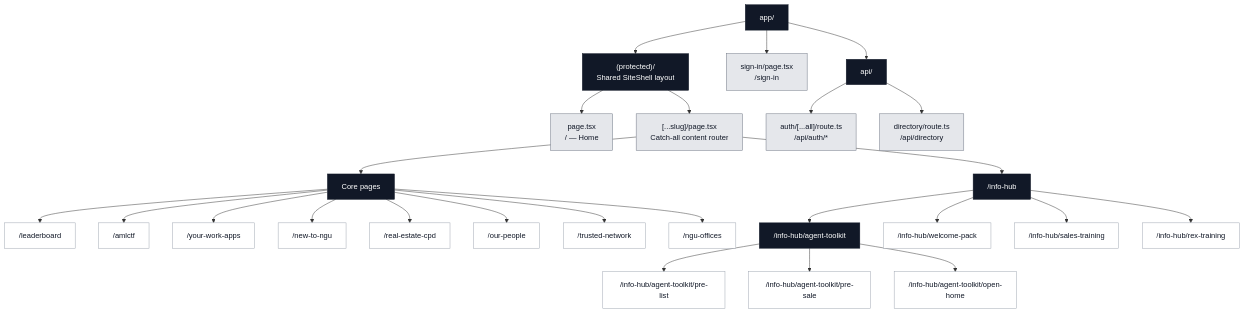
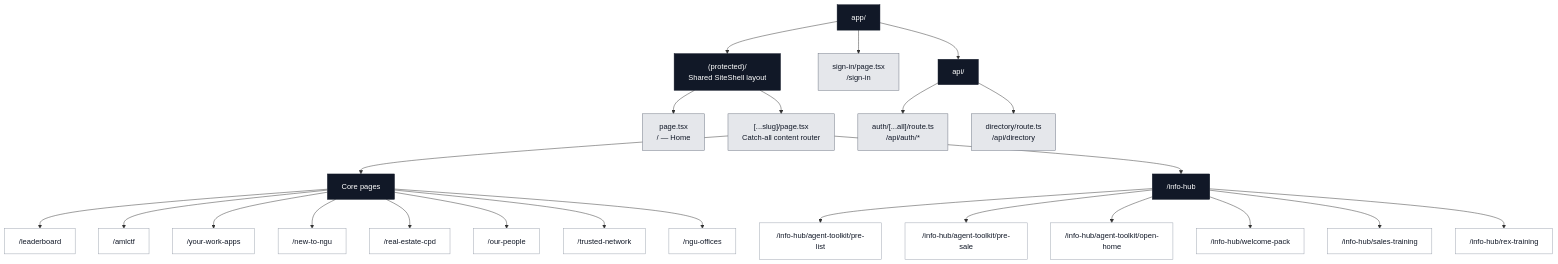
One commit to jewel-ngu/ngu-hub changed the first of 2 diagrams in architecture.md. Above: the diagram before and after it, drawn with Mermaid. The commit also changed other lines of this file and 9 other files, not shown here.

Commit message:
Rebuild info hub resource pages

````diff
--- a/architecture.md
+++ b/architecture.md
@@ -15,45 +15,44 @@
 ```mermaid
 flowchart TB
     app["app/"]
     protected["(protected)/<br/>Shared SiteShell layout"]
     home["page.tsx<br/>/ — Home"]
     catchall["[...slug]/page.tsx<br/>Catch-all content router"]
     signIn["sign-in/page.tsx<br/>/sign-in"]
     api["api/"]
     authApi["auth/[...all]/route.ts<br/>/api/auth/*"]
     directoryApi["directory/route.ts<br/>/api/directory"]
 
     app --> protected
     app --> signIn
     app --> api
     protected --> home
     protected --> catchall
     api --> authApi
     api --> directoryApi
 
     catchall --> corePages["Core pages"]
     corePages --> leaderboard["/leaderboard"]
     corePages --> aml["/amlctf"]
     corePages --> workApps["/your-work-apps"]
     corePages --> newToNgu["/new-to-ngu"]
     corePages --> cpd["/real-estate-cpd"]
     corePages --> people["/our-people"]
     corePages --> trusted["/trusted-network"]
     corePages --> offices["/ngu-offices"]
 
     catchall --> infoHub["/info-hub"]
-    infoHub --> toolkit["/info-hub/agent-toolkit"]
-    toolkit --> preList["/info-hub/agent-toolkit/pre-list"]
-    toolkit --> preSale["/info-hub/agent-toolkit/pre-sale"]
-    toolkit --> openHome["/info-hub/agent-toolkit/open-home"]
+    infoHub --> preList["/info-hub/agent-toolkit/pre-list"]
+    infoHub --> preSale["/info-hub/agent-toolkit/pre-sale"]
+    infoHub --> openHome["/info-hub/agent-toolkit/open-home"]
     infoHub --> welcome["/info-hub/welcome-pack"]
     infoHub --> sales["/info-hub/sales-training"]
     infoHub --> rex["/info-hub/rex-training"]
 
     classDef folder fill:#111827,color:#fff,stroke:#111827;
     classDef file fill:#e5e7eb,color:#111827,stroke:#6b7280;
     classDef route fill:#fff,color:#111827,stroke:#9ca3af;
-    class app,protected,api,corePages,infoHub,toolkit folder;
+    class app,protected,api,corePages,infoHub folder;
     class home,catchall,signIn,authApi,directoryApi file;
     class leaderboard,aml,workApps,newToNgu,cpd,people,trusted,offices,preList,preSale,openHome,welcome,sales,rex route;
 ```
````
